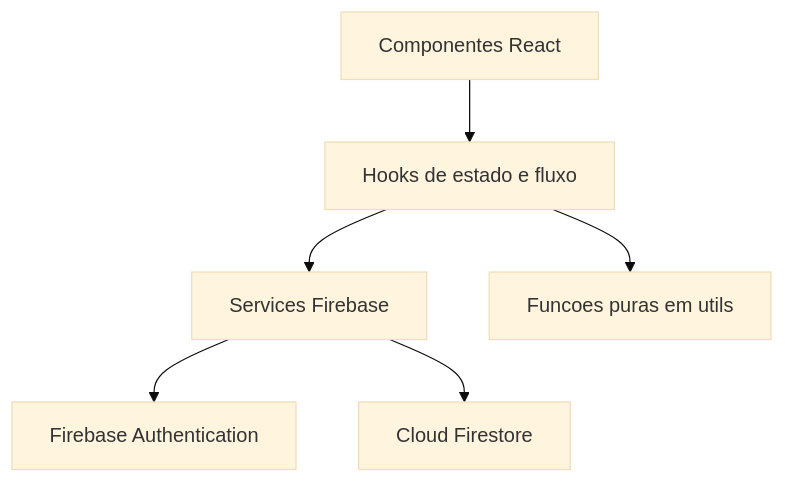
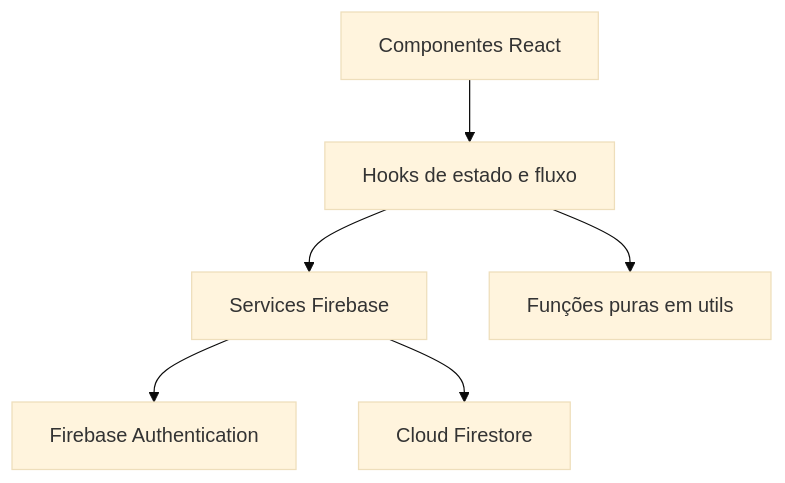
The first of 4 diagrams in docs/SDD.md (eb-nascimento/vesttor-vite), drawn with Mermaid (base theme) before and after one commit. The commit also changed other lines of this file and 4 other files, not shown here.

````diff
--- a/docs/SDD.md
+++ b/docs/SDD.md
@@ -61,8 +142,8 @@
 ```mermaid
 flowchart TD
     UI["Componentes React"] --> Hooks["Hooks de estado e fluxo"]
     Hooks --> Services["Services Firebase"]
-    Hooks --> Utils["Funcoes puras em utils"]
+    Hooks --> Utils["Funções puras em utils"]
     Services --> Auth["Firebase Authentication"]
     Services --> DB["Cloud Firestore"]
 ```
````
